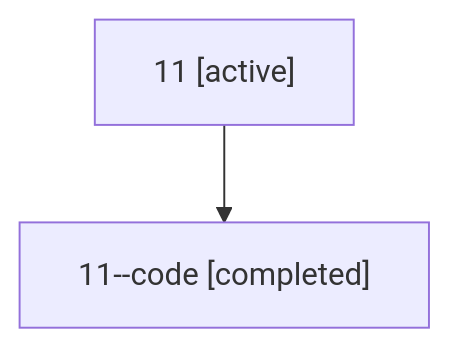
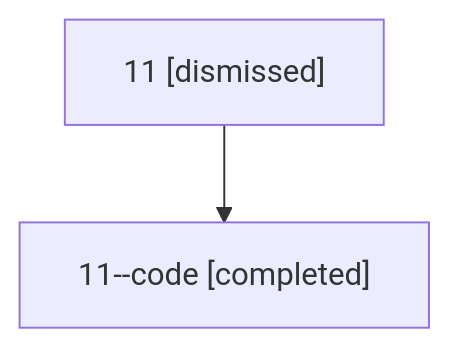
One commit to sase-org/sase--agents changed the diagram in sessions/bbugyi200.athena.11.md. Above: the diagram before and after it, drawn with Mermaid. The commit also changed other lines of this file and 35 other files, not shown here.

````diff
--- a/sessions/bbugyi200.athena.11.md
+++ b/sessions/bbugyi200.athena.11.md
@@ -9,6 +9,6 @@
 ```mermaid
 flowchart TD
-  n0["11 [active]"]
+  n0["11 [dismissed]"]
   n1["11--code [completed]"]
   n0 --> n1
 ```
````
